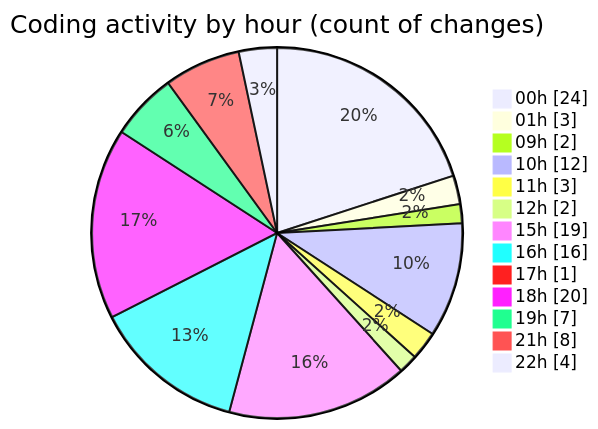
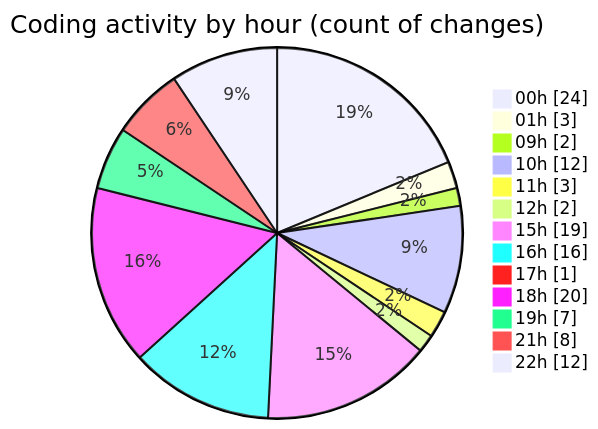
Before and after one commit to julien-gomy/code-tracking: the second of 2 diagrams in 2025-11-24/eventscop-frontend-guide__workspace_/README.md, drawn with Mermaid. The commit also changed other lines of this file and 1 other file, not shown here.

````diff
--- a/2025-11-24/eventscop-frontend-guide__workspace_/README.md
+++ b/2025-11-24/eventscop-frontend-guide__workspace_/README.md
@@ -56,17 +56,17 @@
 ```mermaid
 pie showData
 title Coding activity by hour (count of changes)
 "00h" : 24
 "01h" : 3
 "09h" : 2
 "10h" : 12
 "11h" : 3
 "12h" : 2
 "15h" : 19
 "16h" : 16
 "17h" : 1
 "18h" : 20
 "19h" : 7
 "21h" : 8
-"22h" : 4
+"22h" : 12
 ```
````
